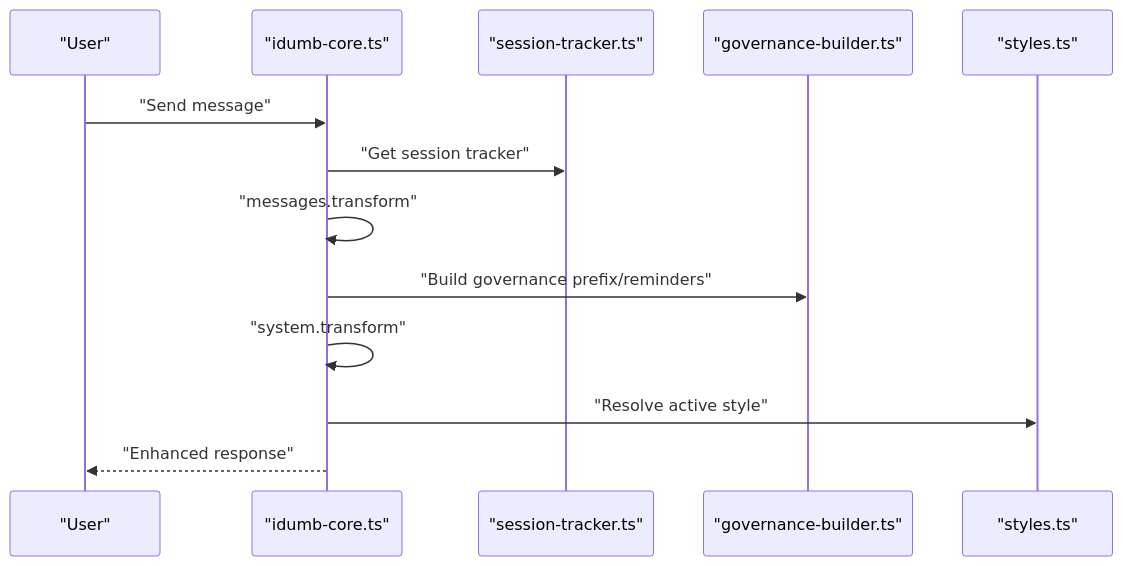
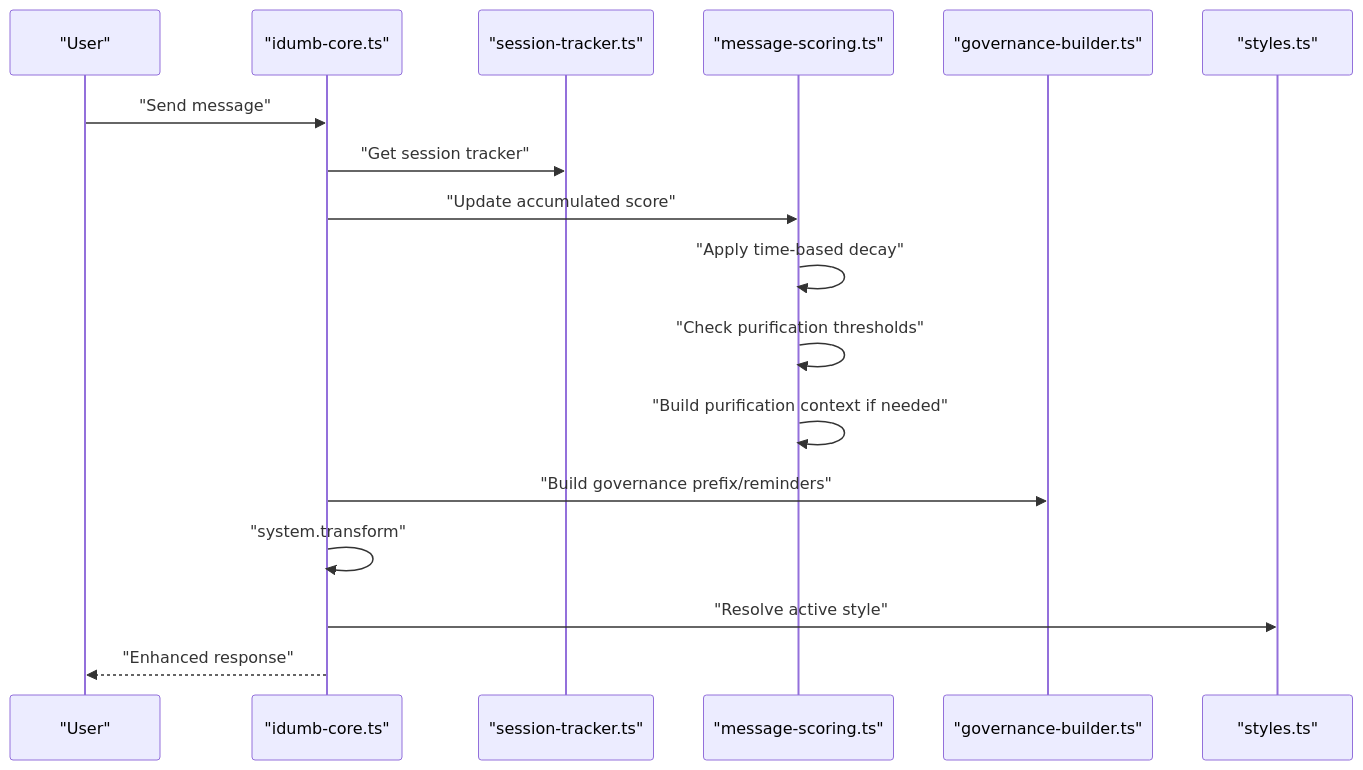
Diagram 11 of 11 in .qoder/repowiki/en/content/API Reference/Plugin API/Message Transform Hooks.md (shynlee04/idumb-plugin), drawn with Mermaid before and after one commit. The commit also changed other lines of this file and 19 other files, not shown here.

````diff
--- a/.qoder/repowiki/en/content/API Reference/Plugin API/Message Transform Hooks.md
+++ b/.qoder/repowiki/en/content/API Reference/Plugin API/Message Transform Hooks.md
@@ -435,15 +614,19 @@
 ```mermaid
 sequenceDiagram
 participant User as "User"
 participant Core as "idumb-core.ts"
 participant Tracker as "session-tracker.ts"
+participant Score as "message-scoring.ts"
 participant Gov as "governance-builder.ts"
 participant Styles as "styles.ts"
 User->>Core : "Send message"
 Core->>Tracker : "Get session tracker"
-Core->>Core : "messages.transform"
+Core->>Score : "Update accumulated score"
+Score->>Score : "Apply time-based decay"
+Score->>Score : "Check purification thresholds"
+Score->>Score : "Build purification context if needed"
 Core->>Gov : "Build governance prefix/reminders"
 Core->>Core : "system.transform"
 Core->>Styles : "Resolve active style"
 Core-->>User : "Enhanced response"
 ```
````
